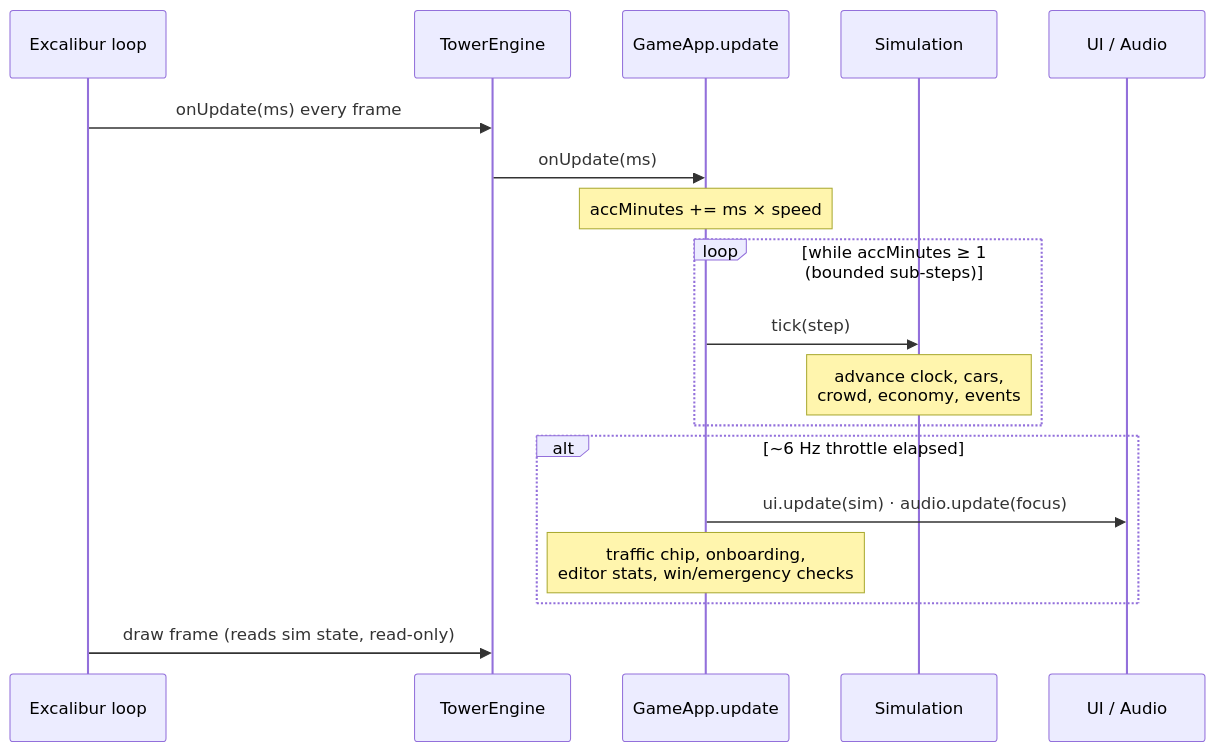
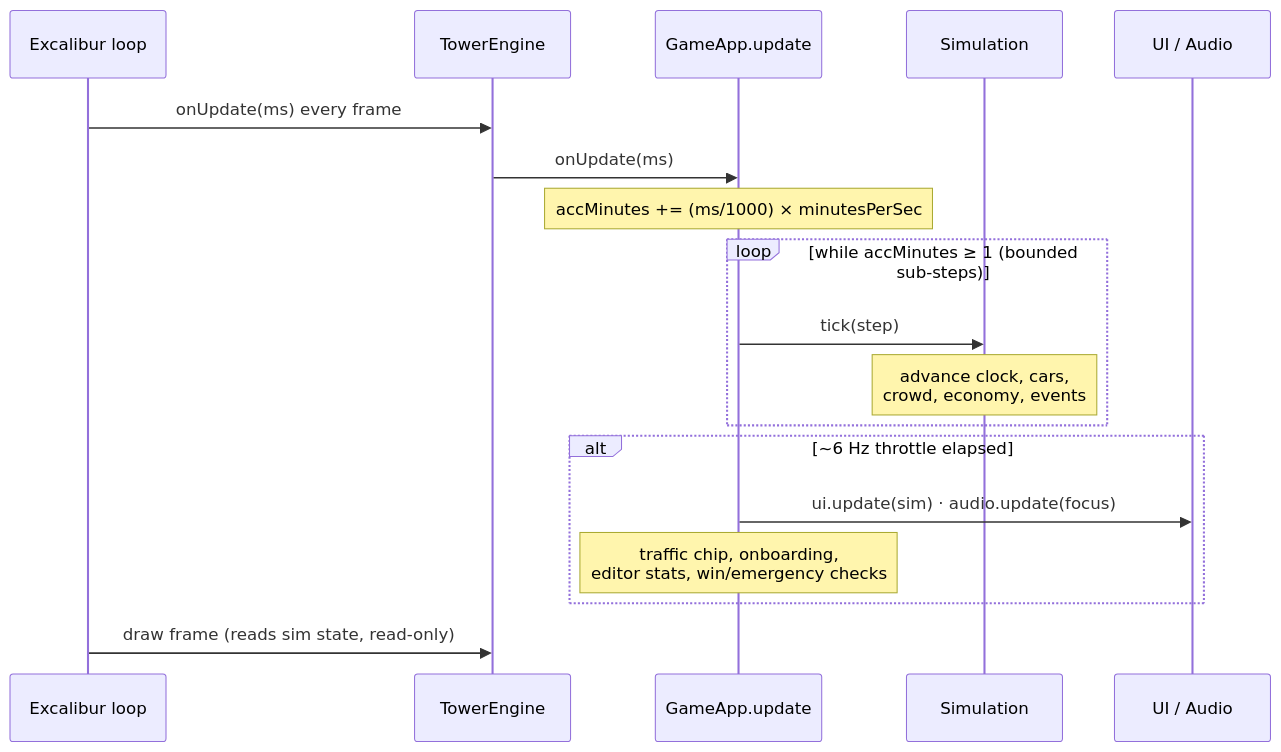
Before and after one commit to maniator/verticopolis: the second of 6 diagrams in ARCHITECTURE.md, drawn with Mermaid. The commit also changed other lines of this file and 2 other files, not shown here.

First line of the commit message:
docs: apply review-team fixes to architecture docs

````diff
--- a/ARCHITECTURE.md
+++ b/ARCHITECTURE.md
@@ -89,21 +89,21 @@
 ```mermaid
 sequenceDiagram
     participant EX as Excalibur loop
     participant TE as TowerEngine
     participant GA as GameApp.update
     participant SIM as Simulation
     participant UI as UI / Audio
 
     EX->>TE: onUpdate(ms) every frame
     TE->>GA: onUpdate(ms)
-    Note over GA: accMinutes += ms × speed
+    Note over GA: accMinutes += (ms/1000) × minutesPerSec
     loop while accMinutes ≥ 1 (bounded sub-steps)
         GA->>SIM: tick(step)
         Note over SIM: advance clock, cars,<br/>crowd, economy, events
     end
     alt ~6 Hz throttle elapsed
         GA->>UI: ui.update(sim) · audio.update(focus)
         Note over GA: traffic chip, onboarding,<br/>editor stats, win/emergency checks
     end
     EX->>TE: draw frame (reads sim state, read-only)
 ```
````
